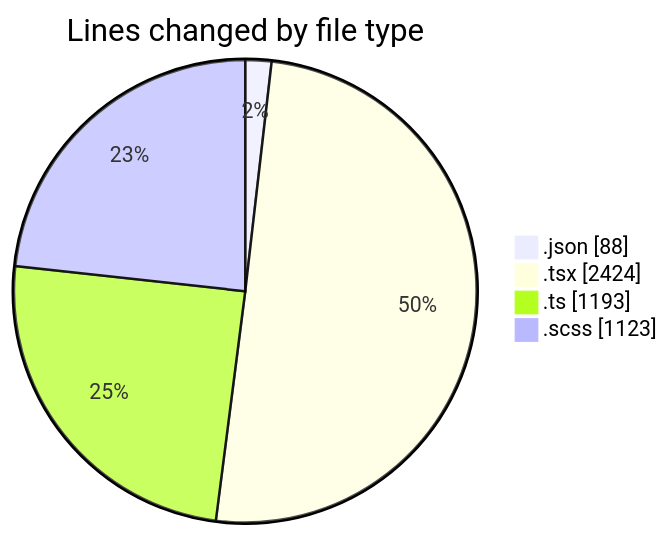
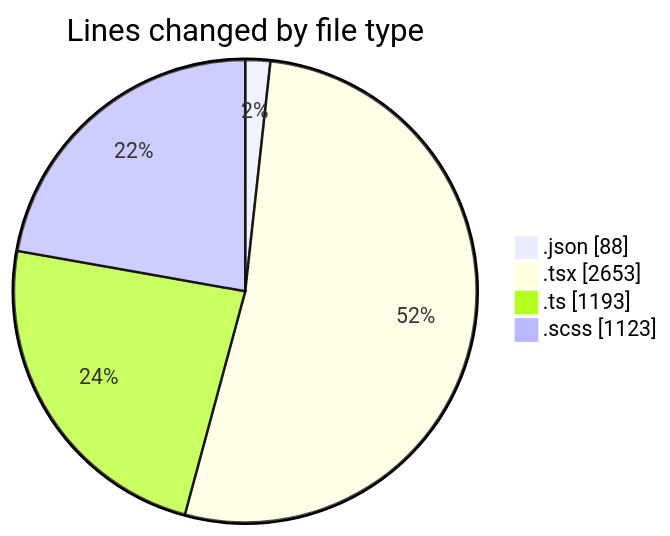
One commit to momahboobian/code-tracking changed the first of 2 diagrams in 2026-10-22/cda/README.md. Above: the diagram before and after it, drawn with Mermaid. The commit also changed other lines of this file and 1 other file, not shown here.

````diff
--- a/2026-10-22/cda/README.md
+++ b/2026-10-22/cda/README.md
@@ -31,8 +32,8 @@
 ```mermaid
 pie showData
 title Lines changed by file type
 ".json" : 88
-".tsx" : 2424
+".tsx" : 2653
 ".ts" : 1193
 ".scss" : 1123
 ```
````
